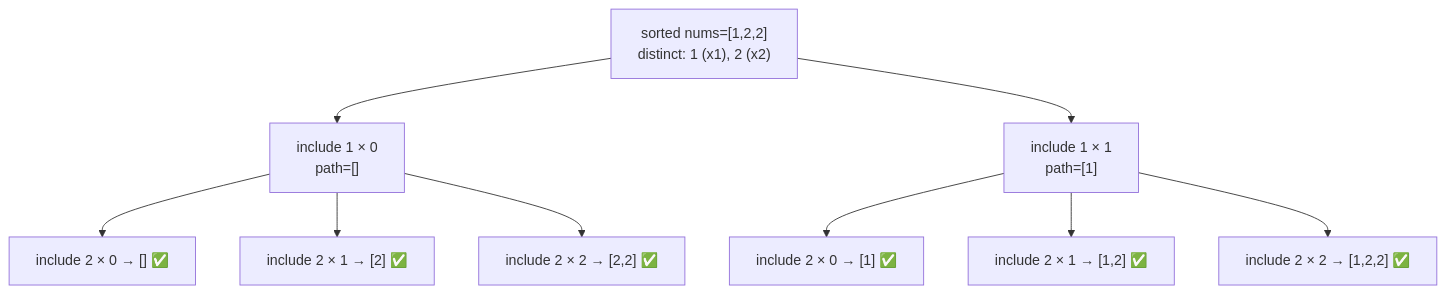
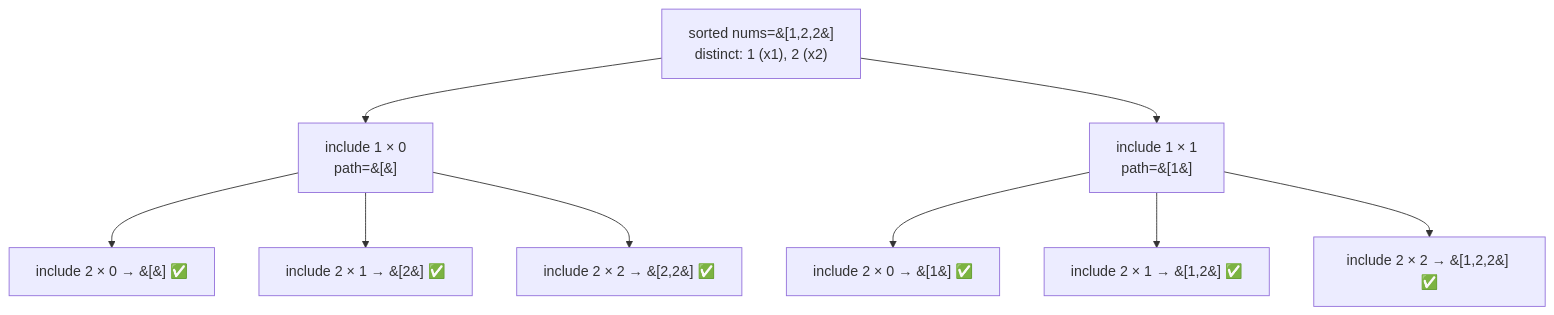
One commit to Aryan-Jadon18/dsa-placement-prep changed the diagram in topics/10-backtracking/04-subsets-ii/README.md. Above: the diagram before and after it, drawn with Mermaid. The commit also changed 52 other files, not shown here.

First line of the commit message:
Fix Mermaid diagrams not rendering on GitHub

````diff
--- a/topics/10-backtracking/04-subsets-ii/README.md
+++ b/topics/10-backtracking/04-subsets-ii/README.md
@@ -91,18 +91,18 @@
 ```mermaid
 graph TD
-    R["sorted nums=[1,2,2]<br/>distinct: 1 (x1), 2 (x2)"]
-    A["include 1 × 0<br/>path=[]"]
-    B["include 1 × 1<br/>path=[1]"]
-    A0["include 2 × 0 → [] ✅"]
-    A1["include 2 × 1 → [2] ✅"]
-    A2["include 2 × 2 → [2,2] ✅"]
-    B0["include 2 × 0 → [1] ✅"]
-    B1["include 2 × 1 → [1,2] ✅"]
-    B2["include 2 × 2 → [1,2,2] ✅"]
+    R["sorted nums=&#91;1,2,2&#93;<br/>distinct: 1 (x1), 2 (x2)"]
+    A["include 1 × 0<br/>path=&#91;&#93;"]
+    B["include 1 × 1<br/>path=&#91;1&#93;"]
+    A0["include 2 × 0 → &#91;&#93; ✅"]
+    A1["include 2 × 1 → &#91;2&#93; ✅"]
+    A2["include 2 × 2 → &#91;2,2&#93; ✅"]
+    B0["include 2 × 0 → &#91;1&#93; ✅"]
+    B1["include 2 × 1 → &#91;1,2&#93; ✅"]
+    B2["include 2 × 2 → &#91;1,2,2&#93; ✅"]
     R --> A --> A0
     A --> A1
     A --> A2
     R --> B --> B0
     B --> B1
     B --> B2
 ```
````
